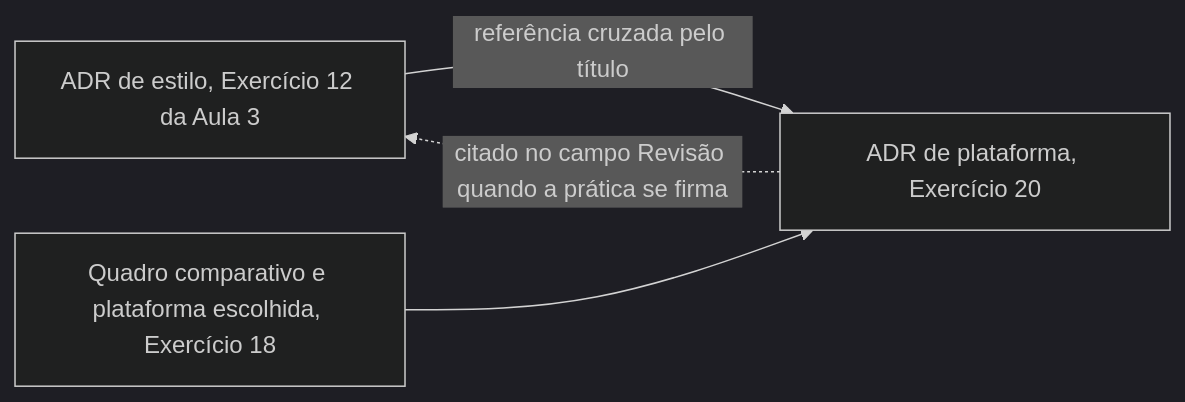
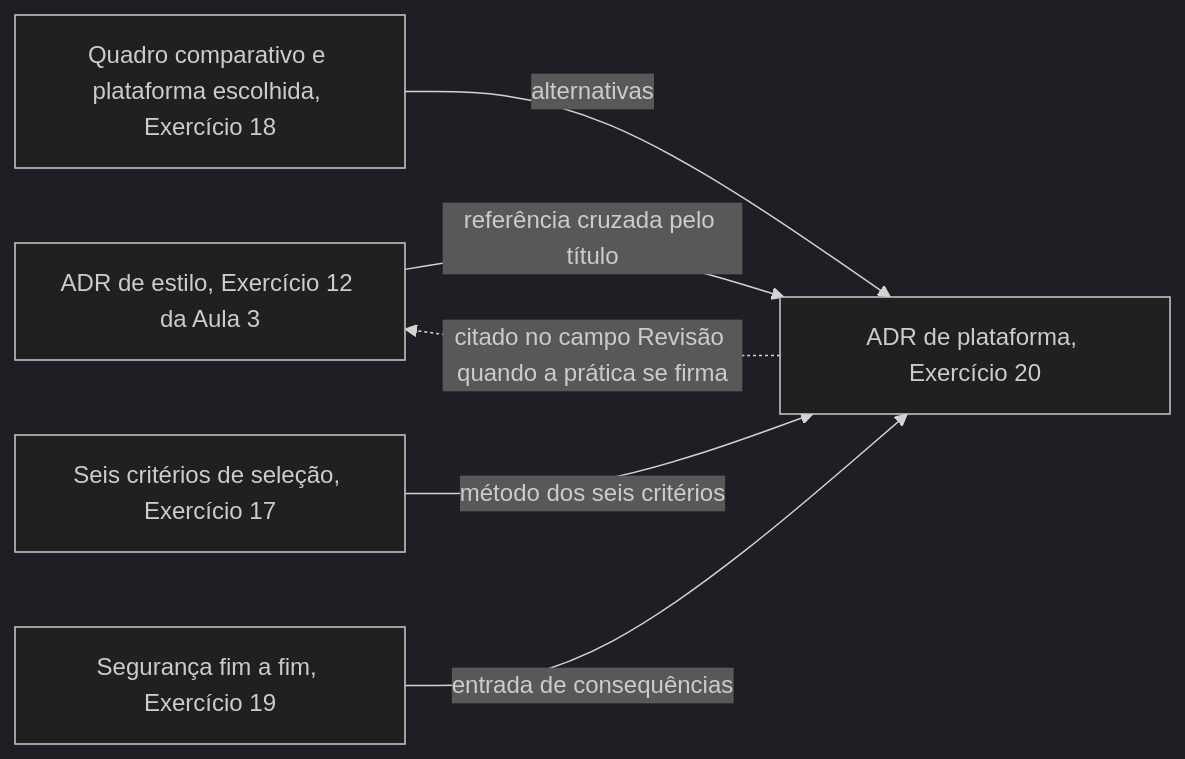
The first of 2 diagrams in docs/modulo-5-frameworks-e-tecnologias/bloco-4-adr-de-plataforma.md (aulas-marco/projeto-arquitetura-software), drawn with Mermaid (dark theme) before and after one commit. The commit also changed other lines of this file and 1 other file, not shown here.

````diff
--- a/docs/modulo-5-frameworks-e-tecnologias/bloco-4-adr-de-plataforma.md
+++ b/docs/modulo-5-frameworks-e-tecnologias/bloco-4-adr-de-plataforma.md
@@ -58,6 +87,8 @@
 ```mermaid
 graph LR
     E12["ADR de estilo, Exercício 12 da Aula 3"] -->|"referência cruzada pelo título"| E20["ADR de plataforma, Exercício 20"]
-    E18["Quadro comparativo e plataforma escolhida, Exercício 18"] --> E20
+    E18["Quadro comparativo e plataforma escolhida, Exercício 18"] -->|"alternativas"| E20
+    E17["Seis critérios de seleção, Exercício 17"] -->|"método dos seis critérios"| E20
+    E19["Segurança fim a fim, Exercício 19"] -->|"entrada de consequências"| E20
     E20 -.->|"citado no campo Revisão quando a prática se firma"| E12
 ```
````
